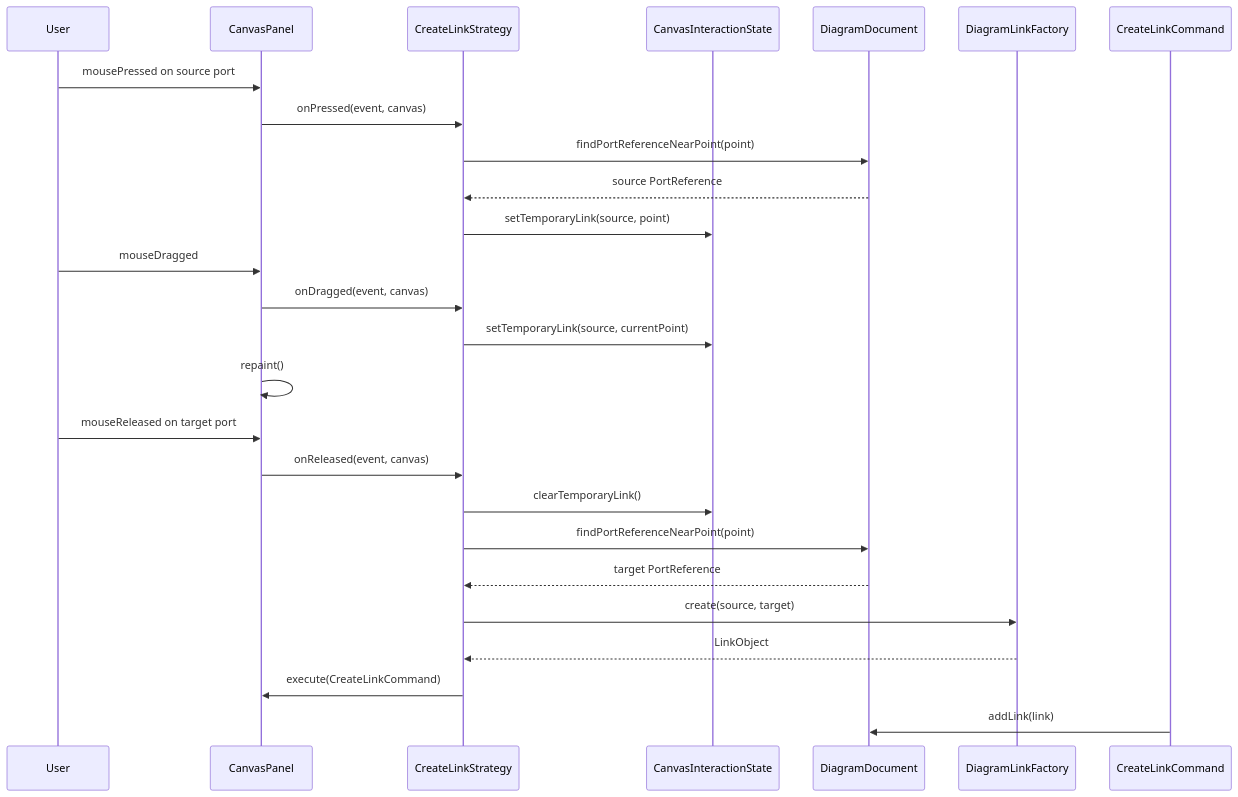
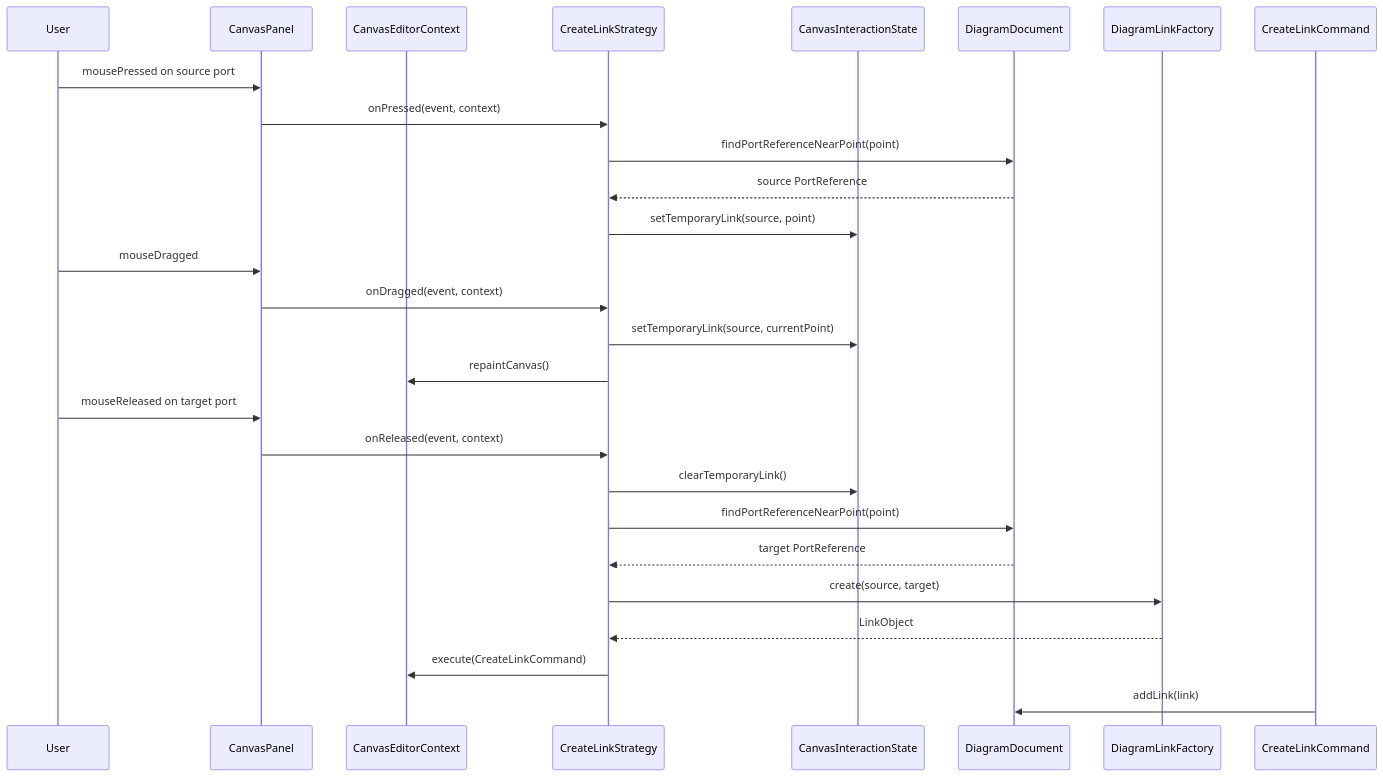
One commit to HsuChen88/UML-demo changed the seventh of 11 diagrams in ARCHITECTURE.md. Above: the diagram before and after it, drawn with Mermaid. The commit also changed other lines of this file, not shown here.

Commit message:
docs: upate ARCHITECTURE.md

````diff
--- a/ARCHITECTURE.md
+++ b/ARCHITECTURE.md
@@ -355,31 +429,32 @@
 ```mermaid
 sequenceDiagram
     participant User
     participant CP as CanvasPanel
+    participant Context as CanvasEditorContext
     participant Strategy as CreateLinkStrategy
     participant State as CanvasInteractionState
     participant Doc as DiagramDocument
     participant Factory as DiagramLinkFactory
     participant Cmd as CreateLinkCommand
 
     User->>CP: mousePressed on source port
-    CP->>Strategy: onPressed(event, canvas)
+    CP->>Strategy: onPressed(event, context)
     Strategy->>Doc: findPortReferenceNearPoint(point)
     Doc-->>Strategy: source PortReference
     Strategy->>State: setTemporaryLink(source, point)
 
     User->>CP: mouseDragged
-    CP->>Strategy: onDragged(event, canvas)
+    CP->>Strategy: onDragged(event, context)
     Strategy->>State: setTemporaryLink(source, currentPoint)
-    CP->>CP: repaint()
+    Strategy->>Context: repaintCanvas()
 
     User->>CP: mouseReleased on target port
-    CP->>Strategy: onReleased(event, canvas)
+    CP->>Strategy: onReleased(event, context)
     Strategy->>State: clearTemporaryLink()
     Strategy->>Doc: findPortReferenceNearPoint(point)
     Doc-->>Strategy: target PortReference
     Strategy->>Factory: create(source, target)
     Factory-->>Strategy: LinkObject
-    Strategy->>CP: execute(CreateLinkCommand)
+    Strategy->>Context: execute(CreateLinkCommand)
     Cmd->>Doc: addLink(link)
 ```
````
